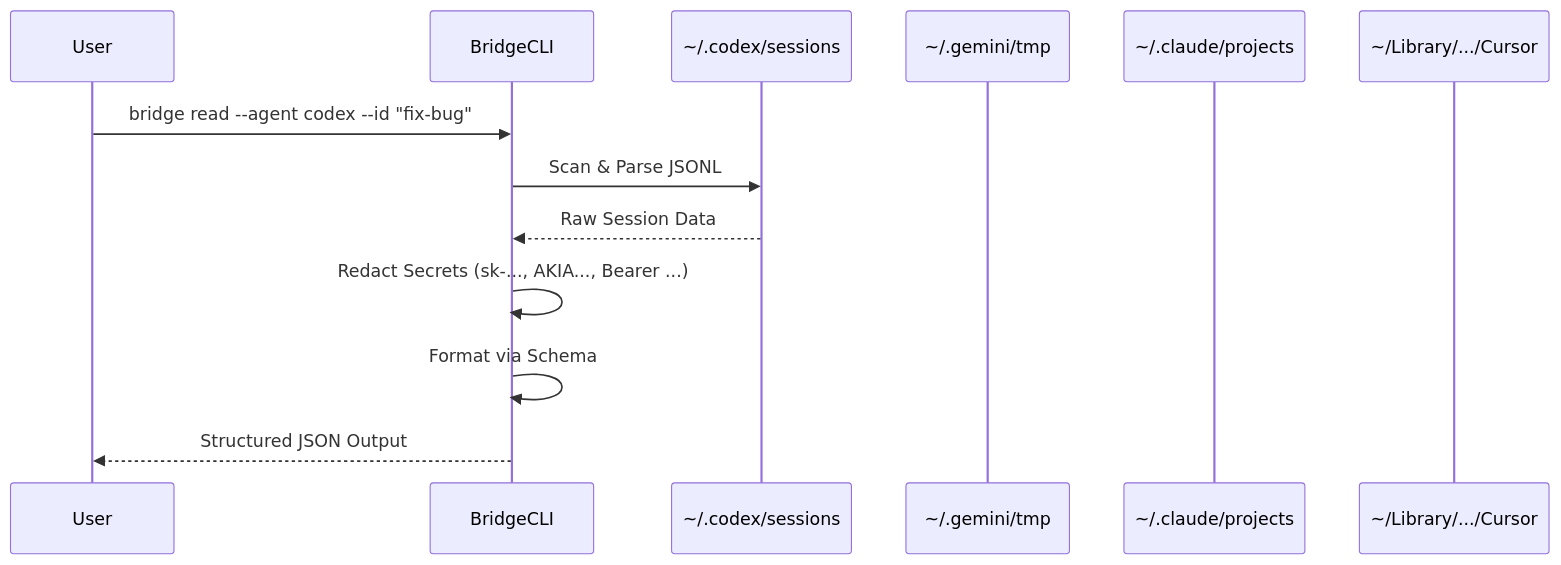
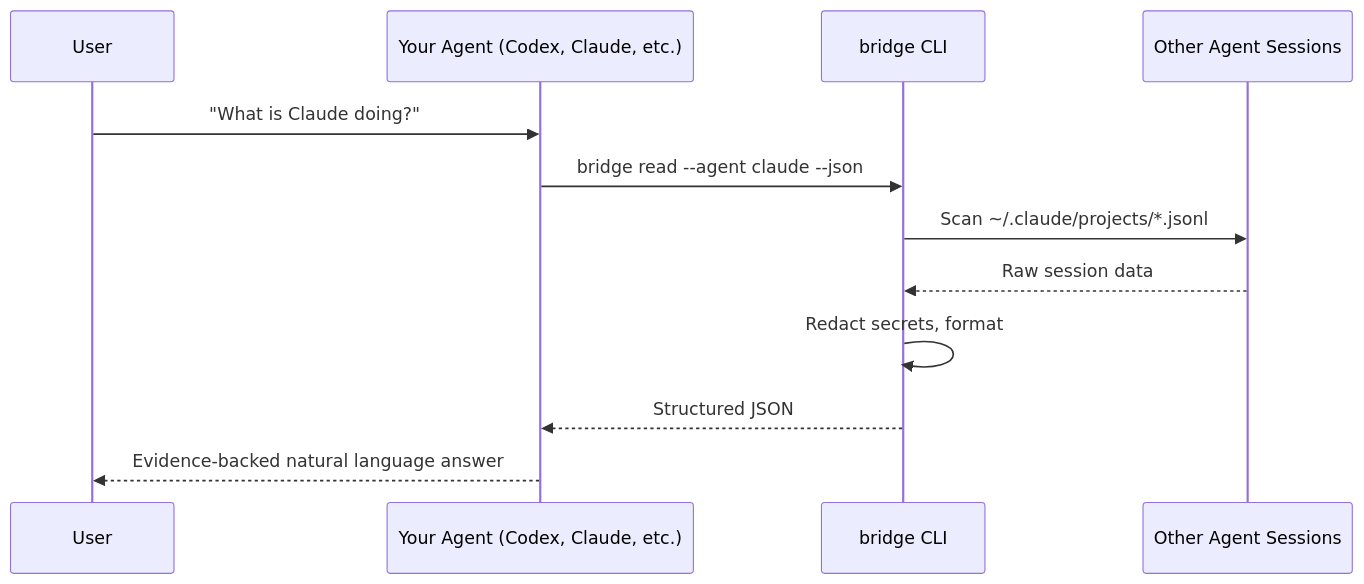
One commit to cote-star/agent-bridge changed the diagram in README.md. Above: the diagram before and after it, drawn with Mermaid. The commit also changed other lines of this file and 11 other files, not shown here.

````diff
--- a/README.md
+++ b/README.md
@@ -41,16 +99,15 @@
 ```mermaid
 sequenceDiagram
     participant User
-    participant BridgeCLI
-    participant Codex as ~/.codex/sessions
-    participant Gemini as ~/.gemini/tmp
-    participant Claude as ~/.claude/projects
-    participant Cursor as ~/Library/.../Cursor
+    participant Agent as Your Agent (Codex, Claude, etc.)
+    participant Bridge as bridge CLI
+    participant Sessions as Other Agent Sessions
 
-    User->>BridgeCLI: bridge read --agent codex --id "fix-bug"
-    BridgeCLI->>Codex: Scan & Parse JSONL
-    Codex-->>BridgeCLI: Raw Session Data
-    BridgeCLI->>BridgeCLI: Redact Secrets (sk-..., AKIA..., Bearer ...)
-    BridgeCLI->>BridgeCLI: Format via Schema
-    BridgeCLI-->>User: Structured JSON Output
+    User->>Agent: "What is Claude doing?"
+    Agent->>Bridge: bridge read --agent claude --json
+    Bridge->>Sessions: Scan ~/.claude/projects/*.jsonl
+    Sessions-->>Bridge: Raw session data
+    Bridge->>Bridge: Redact secrets, format
+    Bridge-->>Agent: Structured JSON
+    Agent-->>User: Evidence-backed natural language answer
 ```
````
